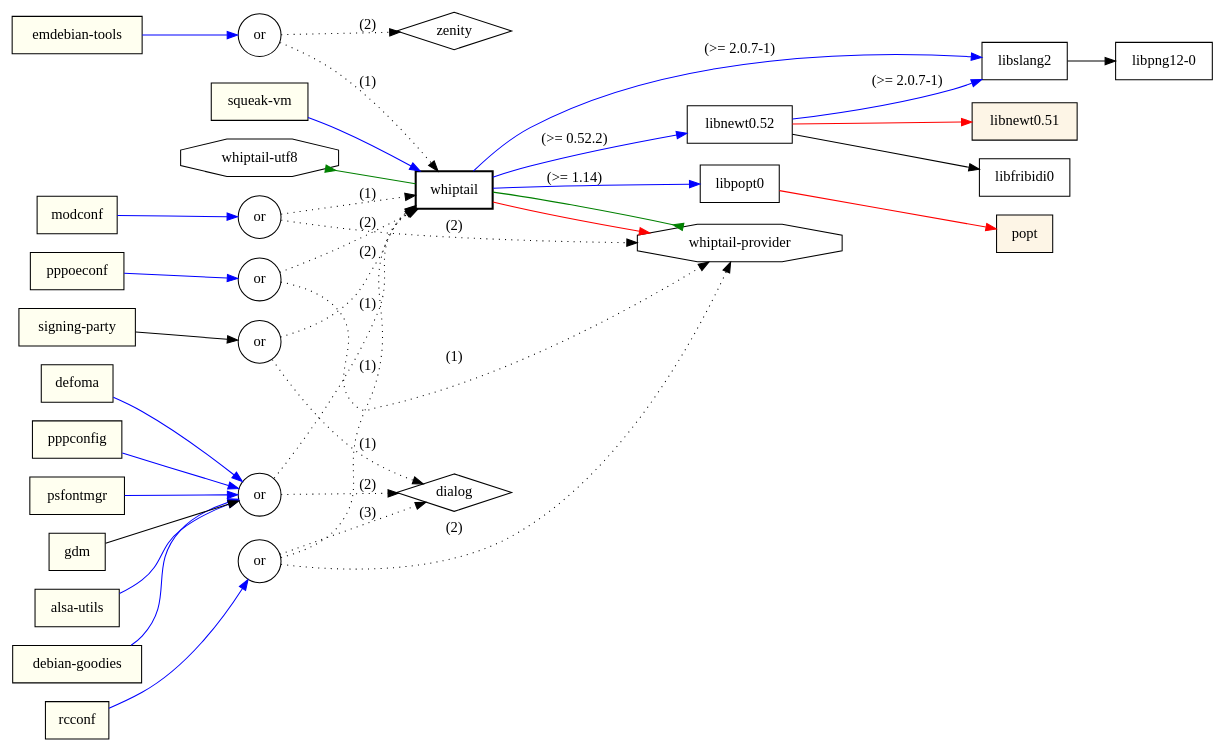
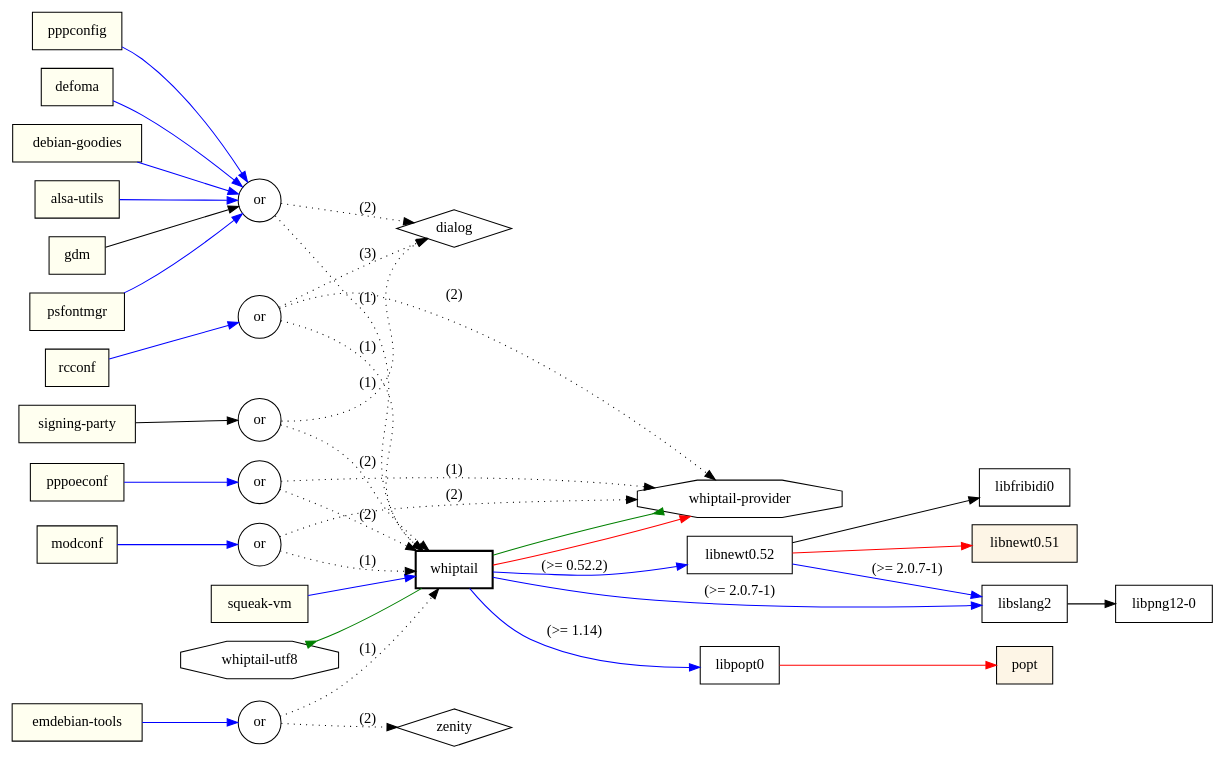
The diagram in testset/test4.dot (juandesant/debtree), drawn with Graphviz before and after one commit. The commit also changed 4 other files, not shown here.

```diff
--- a/testset/test4.dot
+++ b/testset/test4.dot
@@ -1,70 +1,70 @@
 digraph "whiptail" {
 	rankdir=LR;
 	node [shape=box];
 	"whiptail" -> "libnewt0.52" [color=blue,label="(>= 0.52.2)"];
 	"libnewt0.52" -> "libslang2" [color=blue,label="(>= 2.0.7-1)"];
 	"libslang2" -> "libpng12-0";
 	"libnewt0.52" -> "libfribidi0";
 	"libnewt0.52" -> "libnewt0.51" [color=red];
 	"whiptail" -> "libpopt0" [color=blue,label="(>= 1.14)"];
 	"libpopt0" -> "popt" [color=red];
 	"whiptail" -> "libslang2" [color=blue,label="(>= 2.0.7-1)"];
 	"whiptail" -> "whiptail-provider" [color=red];
 	"whiptail-utf8" -> "whiptail" [dir=back,arrowtail=inv,color=green];
 	"whiptail-utf8" [shape=octagon];
 	"whiptail-provider" -> "whiptail" [dir=back,arrowtail=inv,color=green];
 	"whiptail-provider" [shape=octagon];
+	"squeak-vm" -> "whiptail" [color=blue];
 	"pds1" -> "whiptail" [style=dotted,label="(1)"];
-	"pds1" -> "dialog" [style=dotted,label="(2)"];
+	"pds1" -> "whiptail-provider" [style=dotted,label="(2)"];
+	"pds1" -> "dialog" [style=dotted,label="(3)"];
 	"pds1" [shape=circle,label=or];
-	"alsa-utils" -> "pds1" [color=blue];
-	"debian-goodies" -> "pds1" [color=blue];
-	"defoma" -> "pds1" [color=blue];
+	"rcconf" -> "pds1" [color=blue];
 	"pds2" -> "whiptail" [style=dotted,label="(1)"];
-	"pds2" -> "zenity" [style=dotted,label="(2)"];
+	"pds2" -> "dialog" [style=dotted,label="(2)"];
 	"pds2" [shape=circle,label=or];
-	"emdebian-tools" -> "pds2" [color=blue];
-	"pds3" -> "whiptail" [style=dotted,label="(1)"];
-	"pds3" -> "whiptail-provider" [style=dotted,label="(2)"];
+	"psfontmgr" -> "pds2" [color=blue];
+	"pds3" -> "whiptail-provider" [style=dotted,label="(1)"];
+	"pds3" -> "whiptail" [style=dotted,label="(2)"];
 	"pds3" [shape=circle,label=or];
-	"modconf" -> "pds3" [color=blue];
-	"pppconfig" -> "pds1" [color=blue];
-	"pds4" -> "whiptail-provider" [style=dotted,label="(1)"];
-	"pds4" -> "whiptail" [style=dotted,label="(2)"];
+	"pppoeconf" -> "pds3" [color=blue];
+	"pppconfig" -> "pds2" [color=blue];
+	"pds4" -> "whiptail" [style=dotted,label="(1)"];
+	"pds4" -> "whiptail-provider" [style=dotted,label="(2)"];
 	"pds4" [shape=circle,label=or];
-	"pppoeconf" -> "pds4" [color=blue];
-	"psfontmgr" -> "pds1" [color=blue];
+	"modconf" -> "pds4" [color=blue];
 	"pds5" -> "whiptail" [style=dotted,label="(1)"];
-	"pds5" -> "whiptail-provider" [style=dotted,label="(2)"];
-	"pds5" -> "dialog" [style=dotted,label="(3)"];
+	"pds5" -> "zenity" [style=dotted,label="(2)"];
 	"pds5" [shape=circle,label=or];
-	"rcconf" -> "pds5" [color=blue];
-	"squeak-vm" -> "whiptail" [color=blue];
-	"gdm" -> "pds1";
+	"emdebian-tools" -> "pds5" [color=blue];
+	"defoma" -> "pds2" [color=blue];
+	"debian-goodies" -> "pds2" [color=blue];
+	"alsa-utils" -> "pds2" [color=blue];
 	"pds6" -> "dialog" [style=dotted,label="(1)"];
 	"pds6" -> "whiptail" [style=dotted,label="(2)"];
 	"pds6" [shape=circle,label=or];
 	"signing-party" -> "pds6";
+	"gdm" -> "pds2";
+	"squeak-vm" [style=filled,fillcolor=ivory];
+	"rcconf" [style=filled,fillcolor=ivory];
+	"psfontmgr" [style=filled,fillcolor=ivory];
+	"pppoeconf" [style=filled,fillcolor=ivory];
+	"pppconfig" [style=filled,fillcolor=ivory];
+	"modconf" [style=filled,fillcolor=ivory];
+	"emdebian-tools" [style=filled,fillcolor=ivory];
+	"defoma" [style=filled,fillcolor=ivory];
+	"debian-goodies" [style=filled,fillcolor=ivory];
 	"alsa-utils" [style=filled,fillcolor=ivory];
-	"debian-goodies" [style=filled,fillcolor=ivory];
-	"defoma" [style=filled,fillcolor=ivory];
-	"emdebian-tools" [style=filled,fillcolor=ivory];
+	"signing-party" [style=filled,fillcolor=ivory];
+	"gdm" [style=filled,fillcolor=ivory];
+	"rcconf" [style=filled,fillcolor=ivory];
+	"pppoeconf" [style=filled,fillcolor=ivory];
 	"modconf" [style=filled,fillcolor=ivory];
-	"pppconfig" [style=filled,fillcolor=ivory];
-	"pppoeconf" [style=filled,fillcolor=ivory];
-	"psfontmgr" [style=filled,fillcolor=ivory];
-	"rcconf" [style=filled,fillcolor=ivory];
-	"squeak-vm" [style=filled,fillcolor=ivory];
-	"gdm" [style=filled,fillcolor=ivory];
-	"signing-party" [style=filled,fillcolor=ivory];
-	"modconf" [style=filled,fillcolor=ivory];
-	"pppoeconf" [style=filled,fillcolor=ivory];
-	"rcconf" [style=filled,fillcolor=ivory];
 	"whiptail" [style="setlinewidth(2)"]
 	"libnewt0.51" [style=filled,fillcolor=oldlace];
 	"popt" [style=filled,fillcolor=oldlace];
 	"dialog" [shape=diamond];
 	"zenity" [shape=diamond];
 }
 // Excluded dependencies:
 // libc6 zlib1g
```
